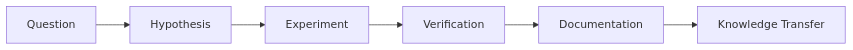
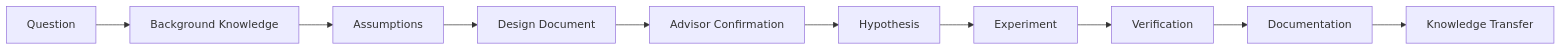
One commit to raycg/Open-Research-Playbook changed the second of 4 diagrams in 02-research-playbook.md. Above: the diagram before and after it, drawn with Mermaid. The commit also changed other lines of this file, not shown here.

````diff
--- a/02-research-playbook.md
+++ b/02-research-playbook.md
@@ -17,8 +37,12 @@
 ```mermaid
 graph LR
-    Q[Question] --> H[Hypothesis]
+    Q[Question] --> BK[Background Knowledge]
+    BK --> A[Assumptions]
+    A --> D[Design Document]
+    D --> C[Advisor Confirmation]
+    C --> H[Hypothesis]
     H --> E[Experiment]
     E --> V[Verification]
-    V --> D[Documentation]
-    D --> KT[Knowledge Transfer]
+    V --> DOC[Documentation]
+    DOC --> KT[Knowledge Transfer]
 ```
````
